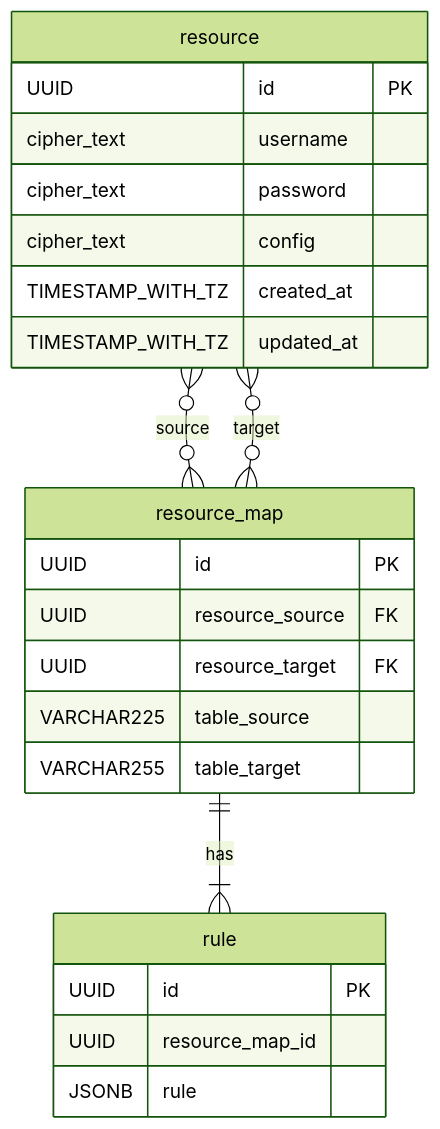
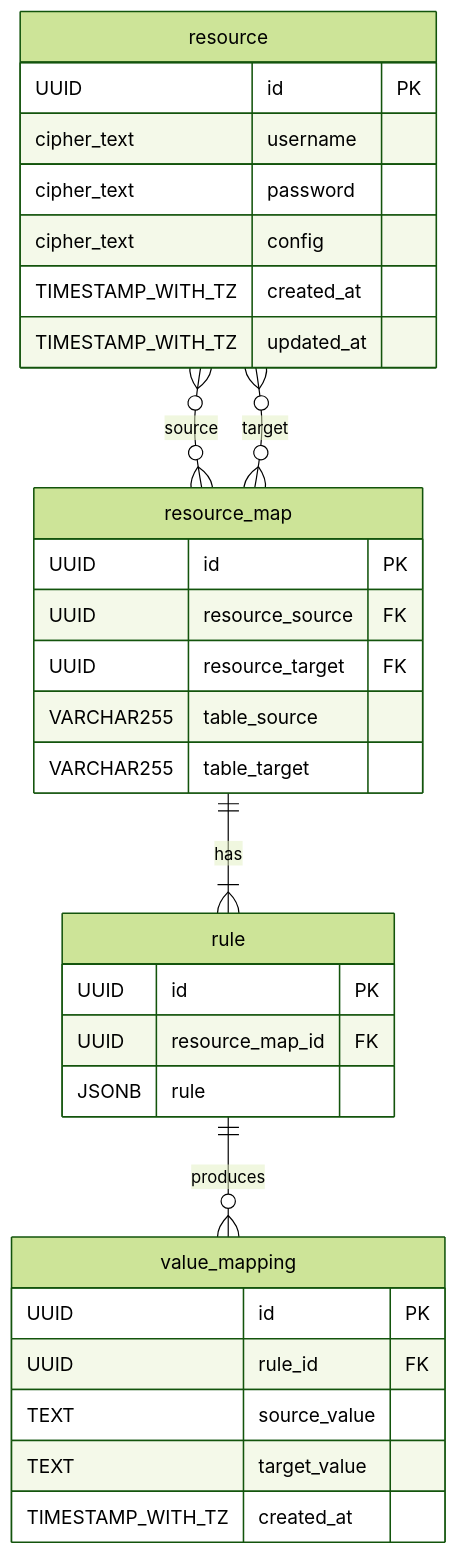
One commit to spk-cpsamut/rep-pro changed the third of 3 diagrams in docs/overall-workflows.md. Above: the diagram before and after it, drawn with Mermaid (forest theme). The commit also changed other lines of this file, not shown here.

````diff
--- a/docs/overall-workflows.md
+++ b/docs/overall-workflows.md
@@ -60,30 +95,38 @@
 ```mermaid
 erDiagram
-resource {
-    UUID id PK
-    cipher_text username
-    cipher_text password
-    cipher_text config
-    TIMESTAMP_WITH_TZ created_at
-    TIMESTAMP_WITH_TZ updated_at
-}
+    resource {
+        UUID id PK
+        cipher_text username
+        cipher_text password
+        cipher_text config
+        TIMESTAMP_WITH_TZ created_at
+        TIMESTAMP_WITH_TZ updated_at
+    }
 
-resource_map {
-    UUID id PK
-    UUID resource_source FK
-    UUID resource_target FK
-    VARCHAR225 table_source
-    VARCHAR255 table_target
-}
+    resource_map {
+        UUID id PK
+        UUID resource_source FK
+        UUID resource_target FK
+        VARCHAR255 table_source
+        VARCHAR255 table_target
+    }
 
-rule {
-    UUID id PK
-    UUID resource_map_id
-    JSONB rule
-}
+    rule {
+        UUID id PK
+        UUID resource_map_id FK
+        JSONB rule
+    }
 
-resource }o -- o{ resource_map: source
-resource }o -- o{ resource_map: target
+    value_mapping {
+        UUID id PK
+        UUID rule_id FK
+        TEXT source_value
+        TEXT target_value
+        TIMESTAMP_WITH_TZ created_at
+    }
 
-resource_map || -- |{ rule: has
+    resource     }o--o{ resource_map  : source
+    resource     }o--o{ resource_map  : target
+    resource_map ||--|{ rule          : has
+    rule         ||--o{ value_mapping : produces
 ```
````
